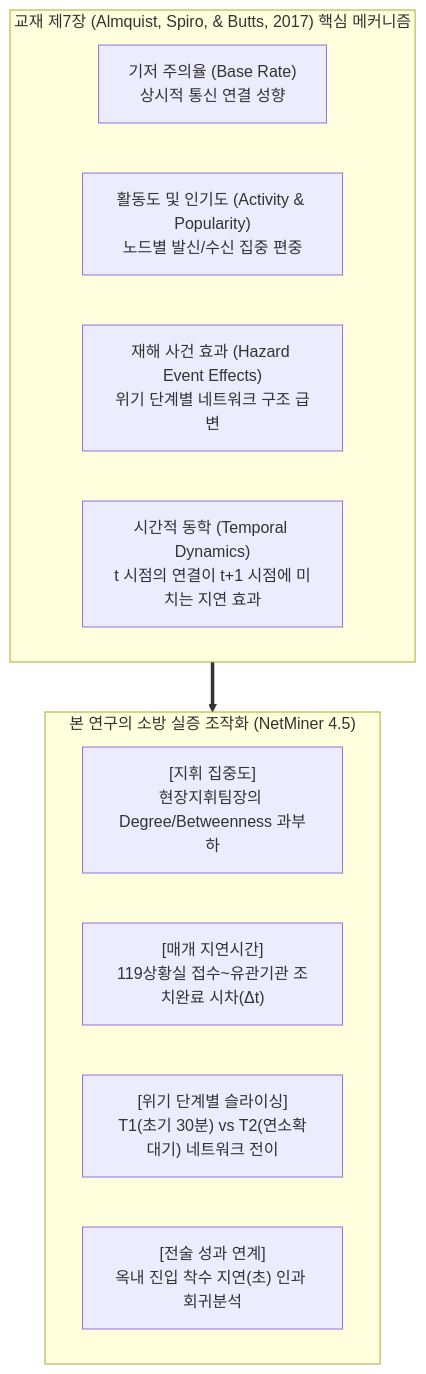
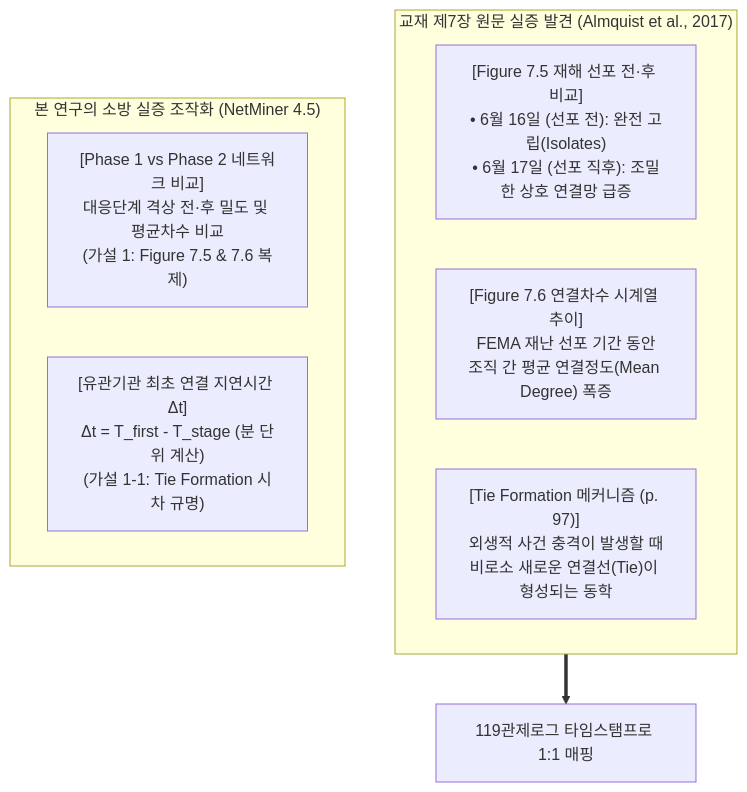
One commit to skang88/SNA changed the second of 5 diagrams in 소방_SNA_수업_연구계획서.md. Above: the diagram before and after it, drawn with Mermaid. The commit also changed other lines of this file and 11 other files, not shown here.

````diff
--- a/소방_SNA_수업_연구계획서.md
+++ b/소방_SNA_수업_연구계획서.md
@@ -65,18 +65,15 @@
 ```mermaid
 flowchart TD
-    subgraph Benchmark["교재 제7장 (Almquist, Spiro, & Butts, 2017) 핵심 메커니즘"]
-        M1["기저 주의율 (Base Rate)<br/>상시적 통신 연결 성향"]
-        M2["활동도 및 인기도 (Activity & Popularity)<br/>노드별 발신/수신 집중 편중"]
-        M3["재해 사건 효과 (Hazard Event Effects)<br/>위기 단계별 네트워크 구조 급변"]
-        M4["시간적 동학 (Temporal Dynamics)<br/>t 시점의 연결이 t+1 시점에 미치는 지연 효과"]
+    subgraph Ch7["교재 제7장 원문 실증 발견 (Almquist et al., 2017)"]
+        F1["[Figure 7.5 재해 선포 전·후 비교]<br/>• 6월 16일 (선포 전): 완전 고립(Isolates)<br/>• 6월 17일 (선포 직후): 조밀한 상호 연결망 급증"]
+        F2["[Figure 7.6 연결차수 시계열 추이]<br/>FEMA 재난 선포 기간 동안<br/>조직 간 평균 연결정도(Mean Degree) 폭증"]
+        F3["[Tie Formation 메커니즘 (p. 97)]<br/>외생적 사건 충격이 발생할 때<br/>비로소 새로운 연결선(Tie)이 형성되는 동학"]
     end
 
-    Benchmark ==> Application["한국 소방 긴급구조 관제 시스템 적용 매핑"]
+    Ch7 ==> Mapping["119관제로그 타임스탬프로 1:1 매핑"]
 
-    subgraph Application["본 연구의 소방 실증 조작화 (NetMiner 4.5)"]
-        S1["[지휘 집중도]<br/>현장지휘팀장의 Degree/Betweenness 과부하"]
-        S2["[매개 지연시간]<br/>119상황실 접수~유관기관 조치완료 시차(Δt)"]
-        S3["[위기 단계별 슬라이싱]<br/>T1(초기 30분) vs T2(연소확대기) 네트워크 전이"]
-        S4["[전술 성과 연계]<br/>옥내 진입 착수 지연(초) 인과 회귀분석"]
+    subgraph Fire["본 연구의 소방 실증 조작화 (NetMiner 4.5)"]
+        S1["[Phase 1 vs Phase 2 네트워크 비교]<br/>대응단계 격상 전·후 밀도 및 평균차수 비교<br/>(가설 1: Figure 7.5 & 7.6 복제)"]
+        S2["[유관기관 최초 연결 지연시간 Δt]<br/>Δt = T_first - T_stage (분 단위 계산)<br/>(가설 1-1: Tie Formation 시차 규명)"]
     end
 ```
````
